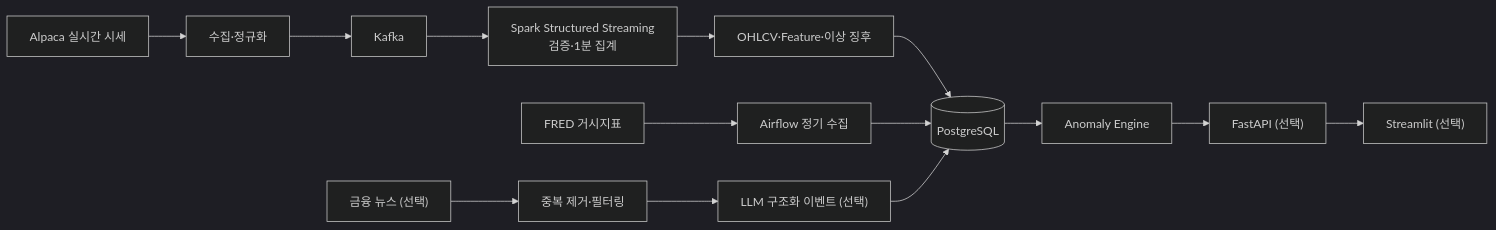
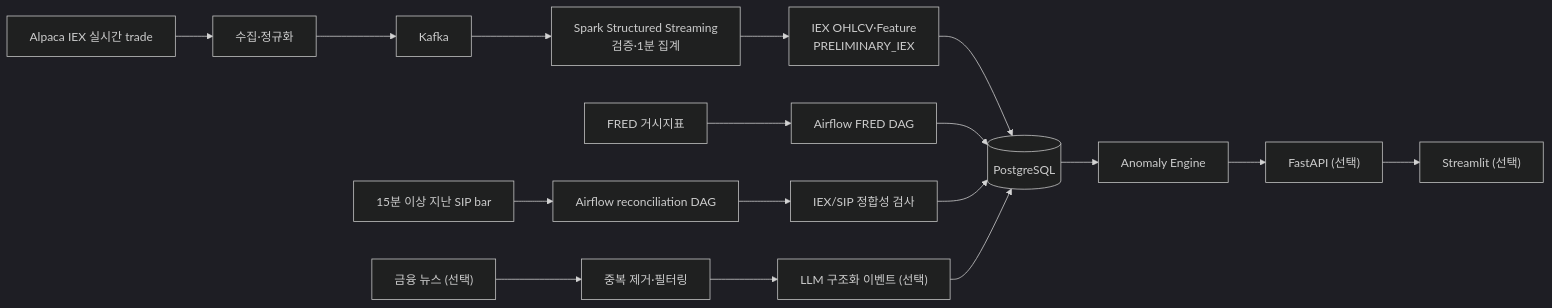
One commit to hjh6709/us-market-intelligence-pipeline changed the first of 2 diagrams in README.md. Above: the diagram before and after it, drawn with Mermaid (dark theme). The commit also changed other lines of this file and 6 other files, not shown here.

Commit message:
docs: define IEX alert reconciliation strategy

````diff
--- a/README.md
+++ b/README.md
@@ -38,19 +39,22 @@
 ```mermaid
 flowchart LR
-    Market["Alpaca 실시간 시세"] --> Normalize["수집·정규화"]
+    Market["Alpaca IEX 실시간 trade"] --> Normalize["수집·정규화"]
     Normalize --> Kafka["Kafka"]
     Kafka --> Spark["Spark Structured Streaming\n검증·1분 집계"]
-    Spark --> Bars["OHLCV·Feature·이상 징후"]
+    Spark --> Bars["IEX OHLCV·Feature\nPRELIMINARY_IEX"]
     Bars --> DB[("PostgreSQL")]
 
-    Macro["FRED 거시지표"] --> Airflow["Airflow 정기 수집"]
-    Airflow --> DB
+    Macro["FRED 거시지표"] --> MacroDAG["Airflow FRED DAG"]
+    MacroDAG --> DB
+    SIP["15분 이상 지난 SIP bar"] --> ReconcileDAG["Airflow reconciliation DAG"]
+    ReconcileDAG --> Reconcile["IEX/SIP 정합성 검사"]
+    Reconcile --> DB
 
     News["금융 뉴스 (선택)"] --> Filter["중복 제거·필터링"]
     Filter --> Event["LLM 구조화 이벤트 (선택)"]
     Event --> DB
 
     DB --> Signal["Anomaly Engine"]
     Signal --> API["FastAPI (선택)"]
     API --> Dashboard["Streamlit (선택)"]
 ```
````
